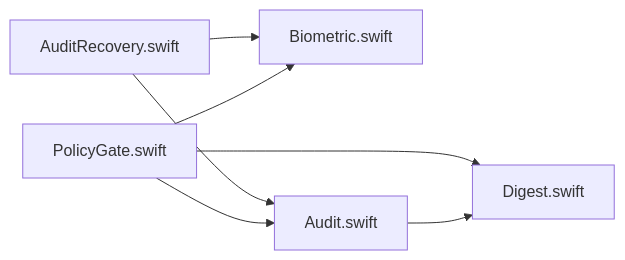
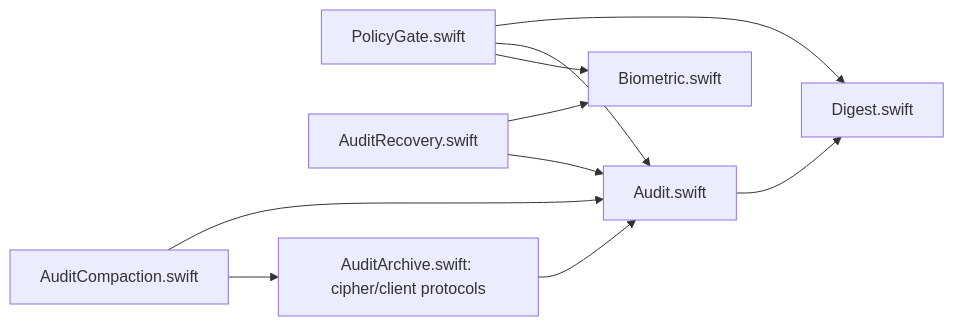
One commit to Harwasch/voiceremote changed the diagram in SW/ios/Packages/Policy/Sources/Policy/README.md. Above: the diagram before and after it, drawn with Mermaid. The commit also changed other lines of this file and 39 other files, not shown here.

Commit message:
SW: encrypted audit archive and recovery

````diff
--- a/SW/ios/Packages/Policy/Sources/Policy/README.md
+++ b/SW/ios/Packages/Policy/Sources/Policy/README.md
@@ -1,7 +1,9 @@
 ```mermaid
 flowchart LR
   Gate[PolicyGate.swift] --> Bio[Biometric.swift]
   Gate --> Audit[Audit.swift] --> Hash[Digest.swift]
   Recovery[AuditRecovery.swift] --> Audit & Bio
+  Archive[AuditArchive.swift: cipher/client protocols] --> Audit
+  Compact[AuditCompaction.swift] --> Archive & Audit
   Gate --> Hash
 ```
````
